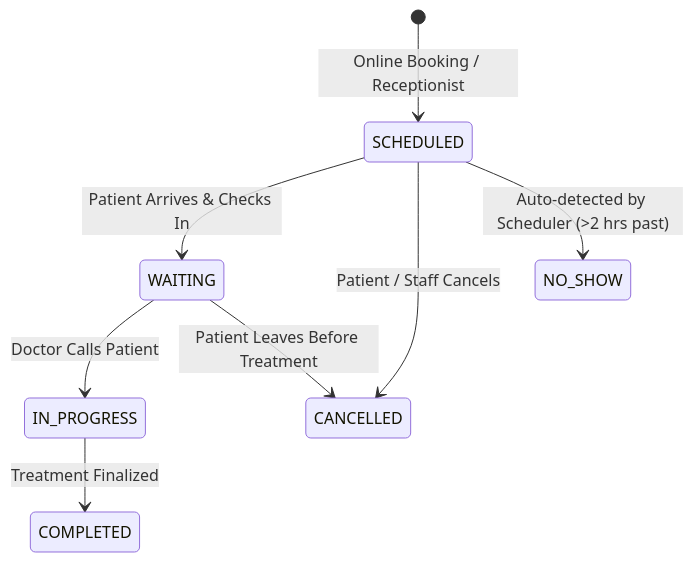
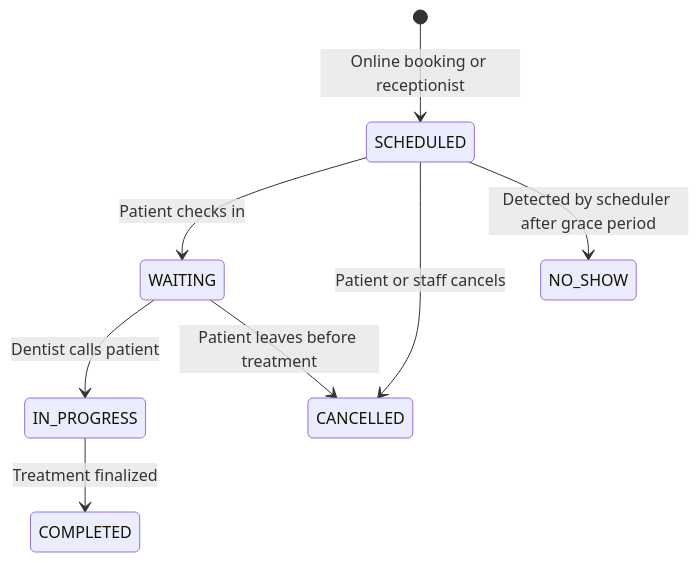
One commit to deepakbhat18/oralcare changed the second of 3 diagrams in README.md. Above: the diagram before and after it, drawn with Mermaid. The commit also changed other lines of this file, not shown here.

````diff
--- a/README.md
+++ b/README.md
@@ -169,10 +130,10 @@
 ```mermaid
 stateDiagram-v2
-    [*] --> SCHEDULED: Online Booking / Receptionist
-    SCHEDULED --> WAITING: Patient Arrives & Checks In
-    WAITING --> IN_PROGRESS: Doctor Calls Patient
-    IN_PROGRESS --> COMPLETED: Treatment Finalized
-    SCHEDULED --> CANCELLED: Patient / Staff Cancels
-    SCHEDULED --> NO_SHOW: Auto-detected by Scheduler (>2 hrs past)
-    WAITING --> CANCELLED: Patient Leaves Before Treatment
+    [*] --> SCHEDULED: Online booking or receptionist
+    SCHEDULED --> WAITING: Patient checks in
+    WAITING --> IN_PROGRESS: Dentist calls patient
+    IN_PROGRESS --> COMPLETED: Treatment finalized
+    SCHEDULED --> CANCELLED: Patient or staff cancels
+    WAITING --> CANCELLED: Patient leaves before treatment
+    SCHEDULED --> NO_SHOW: Detected by scheduler after grace period
 ```
````
